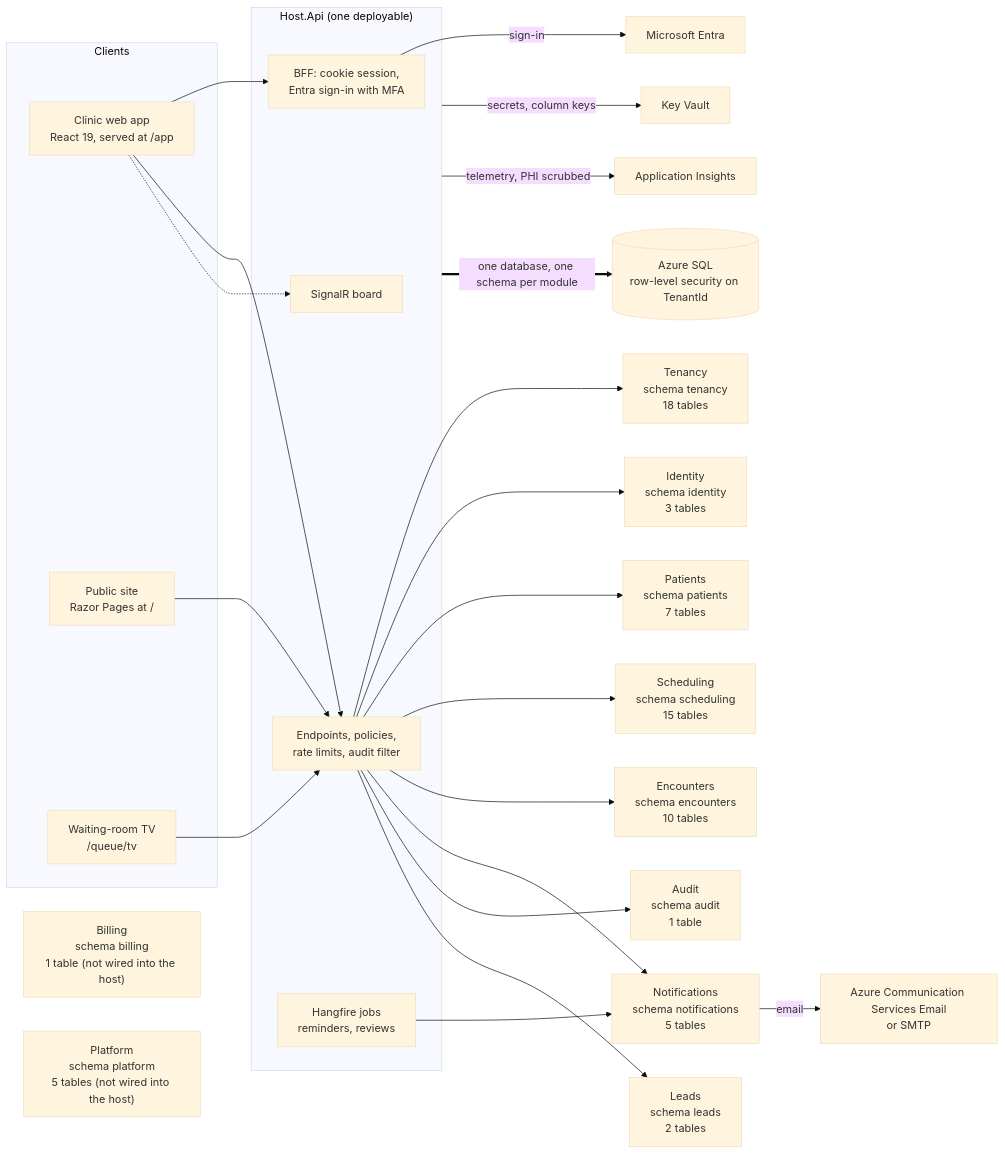
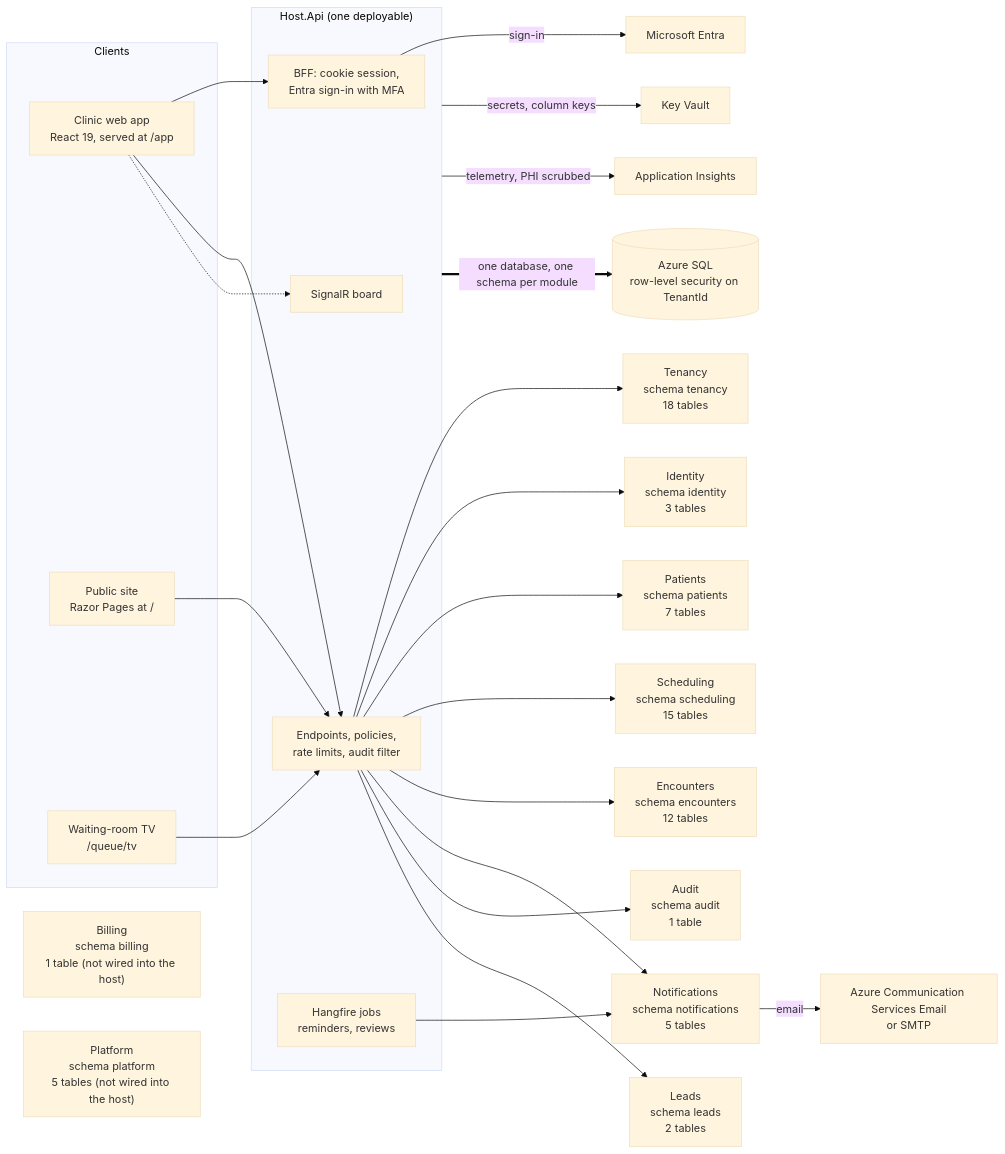
The first of 13 diagrams in docs/03-architecture/erd.md (ALFRED-LUCIFER/medvya), drawn with Mermaid (base theme) before and after one commit. The commit also changed other lines of this file and 37 other files, not shown here.

````diff
--- a/docs/03-architecture/erd.md
+++ b/docs/03-architecture/erd.md
@@ -15,35 +15,35 @@
 ```mermaid
 flowchart LR
   subgraph Clients
     web["Clinic web app<br/>React 19, served at /app"]
     site["Public site<br/>Razor Pages at /"]
     tv["Waiting-room TV<br/>/queue/tv"]
   end
   subgraph Host["Host.Api (one deployable)"]
     bff["BFF: cookie session,<br/>Entra sign-in with MFA"]
     api["Endpoints, policies,<br/>rate limits, audit filter"]
     hub["SignalR board"]
     jobs["Hangfire jobs<br/>reminders, reviews"]
   end
   web --> bff
   web --> api
   web -.-> hub
   tv --> api
   site --> api
   api --> Tenancy["Tenancy<br/>schema tenancy<br/>18 tables"]
   api --> Identity["Identity<br/>schema identity<br/>3 tables"]
   api --> Patients["Patients<br/>schema patients<br/>7 tables"]
   api --> Scheduling["Scheduling<br/>schema scheduling<br/>15 tables"]
-  api --> Encounters["Encounters<br/>schema encounters<br/>10 tables"]
+  api --> Encounters["Encounters<br/>schema encounters<br/>12 tables"]
   api --> Notifications["Notifications<br/>schema notifications<br/>5 tables"]
   api --> Audit["Audit<br/>schema audit<br/>1 table"]
   api --> Leads["Leads<br/>schema leads<br/>2 tables"]
   Billing["Billing<br/>schema billing<br/>1 table (not wired into the host)"]
   Platform["Platform<br/>schema platform<br/>5 tables (not wired into the host)"]
   jobs --> Notifications
   bff -->|"sign-in"| entra["Microsoft Entra"]
   Notifications -->|"email"| mail["Azure Communication Services Email<br/>or SMTP"]
   Host -->|"secrets, column keys"| kv["Key Vault"]
   Host -->|"telemetry, PHI scrubbed"| ai["Application Insights"]
   Host ==>|"one database, one schema per module"| sql[("Azure SQL<br/>row-level security on TenantId")]
 ```
````
